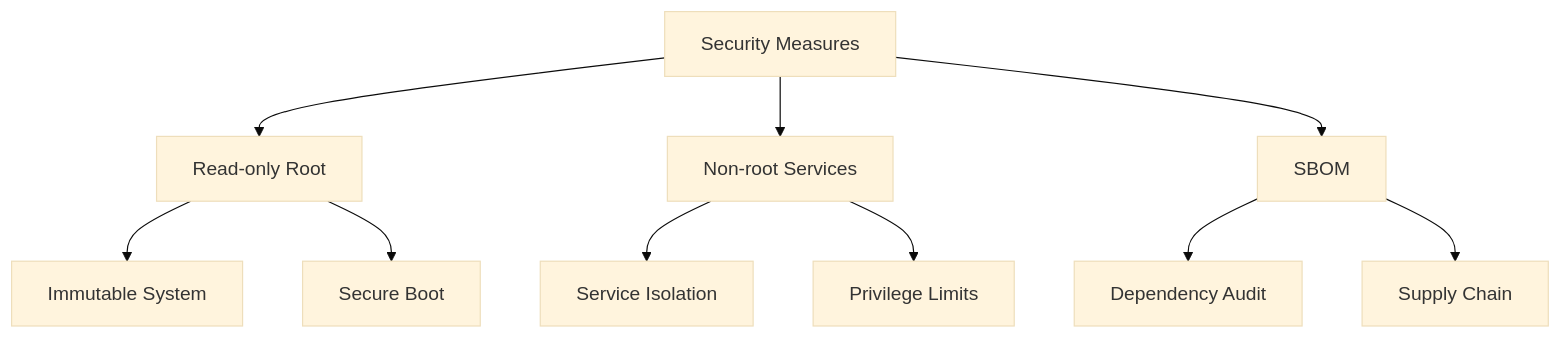
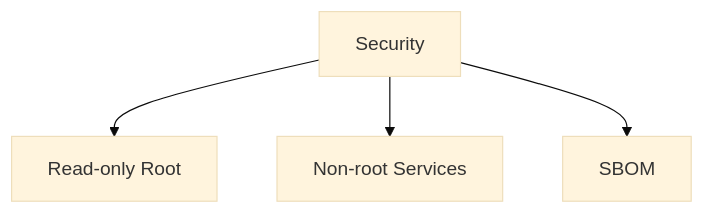
One commit to Hydepwns/nix-mox changed the third of 6 diagrams in docs/guides/advanced-configuration.md. Above: the diagram before and after it, drawn with Mermaid (base theme). The commit also changed other lines of this file and 145 other files, not shown here.

````diff
--- a/docs/guides/advanced-configuration.md
+++ b/docs/guides/advanced-configuration.md
@@ -55,15 +35,6 @@
 ```mermaid
 graph TD
-    A[Security Measures] --> B[Read-only Root]
+    A[Security] --> B[Read-only Root]
     A --> C[Non-root Services]
     A --> D[SBOM]
-    
-    B --> B1[Immutable System]
-    B --> B2[Secure Boot]
-    
-    C --> C1[Service Isolation]
-    C --> C2[Privilege Limits]
-    
-    D --> D1[Dependency Audit]
-    D --> D2[Supply Chain]
 ```
````
